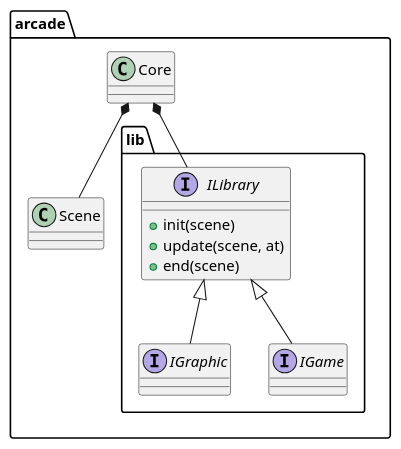
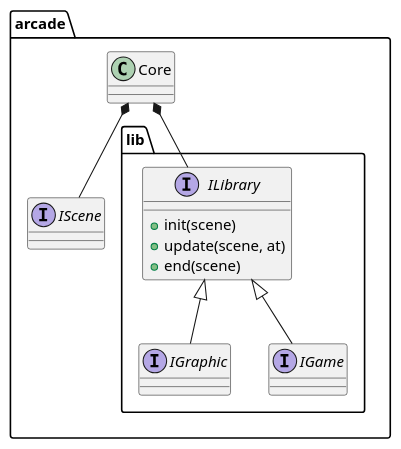
Before and after one commit to Pebloop/Arcade-Toulouse: the diagram in doc/src/class_arcade.pu, drawn with PlantUML. The commit also changed 2 other files, not shown here.

```diff
--- a/doc/src/class_arcade.pu
+++ b/doc/src/class_arcade.pu
@@ -1,33 +1,33 @@
 @startuml core
 
 set namespaceSeparator ::
 
 namespace arcade {
     class Core
 
     namespace lib {
 
         interface ILibrary {
             + init(scene)
             + update(scene, at)
             + end(scene)
         }
 
         interface IGraphic {
         }
 
         interface IGame {
         }
 
     }
 
-    class Scene
+    interface IScene
 
     arcade::lib::ILibrary -up-* arcade::Core
     arcade::lib::IGraphic -up-|> arcade::lib::ILibrary
     arcade::lib::IGame -up-|> arcade::lib::ILibrary
-    arcade::Scene -up-* arcade::Core
+    arcade::IScene -up-* arcade::Core
 
 }
 
 @enduml
```
